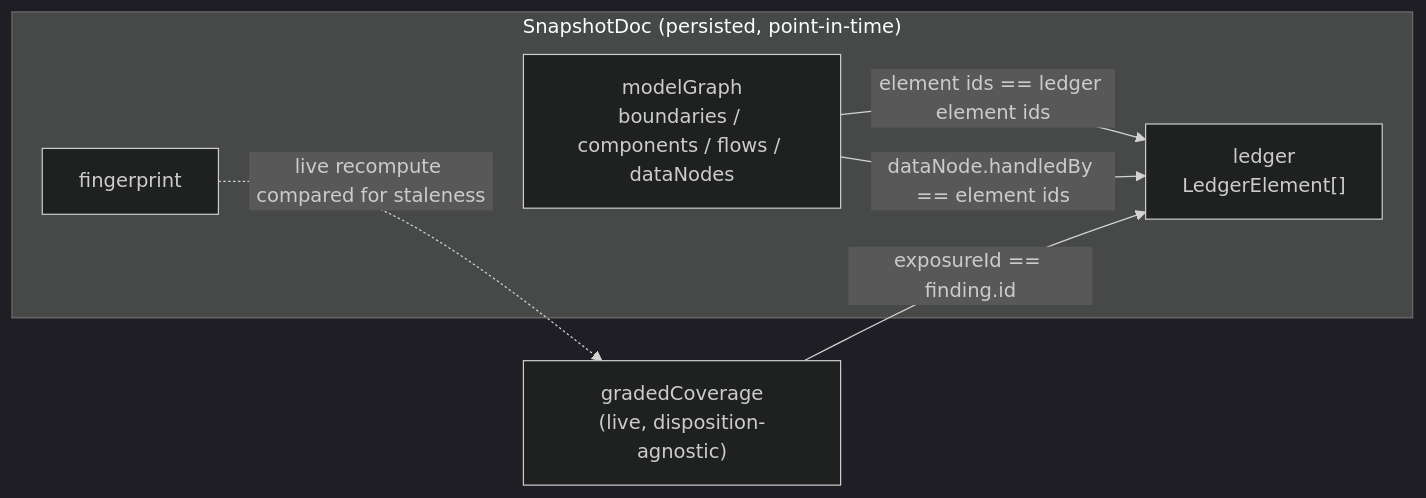
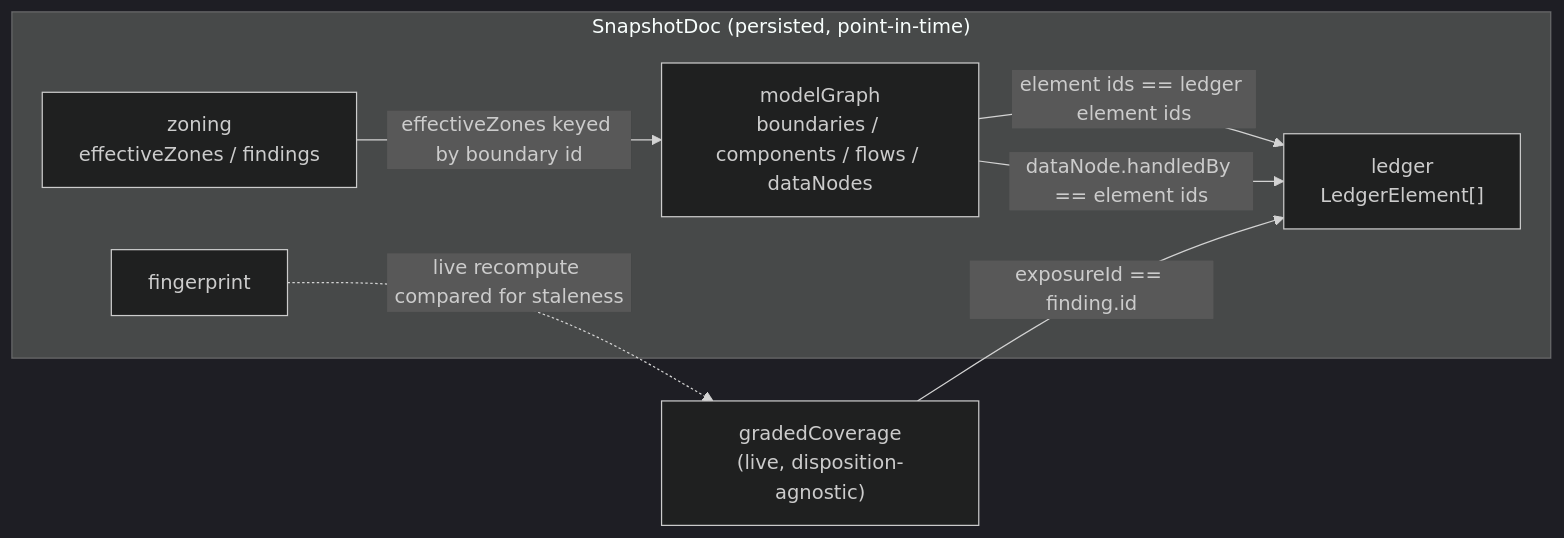
One commit to dether-net/dethernety-oss changed the diagram in docs/architecture/dethernety-threat-report/data-model.md. Above: the diagram before and after it, drawn with Mermaid (dark theme). The commit also changed other lines of this file and 26 other files, not shown here.

First line of the commit message:
feat(threat-report): declared-zone data-flow policy surfaces (#222)

````diff
--- a/docs/architecture/dethernety-threat-report/data-model.md
+++ b/docs/architecture/dethernety-threat-report/data-model.md
@@ -35,14 +36,16 @@
 ```mermaid
 graph LR
   subgraph SnapshotDoc["SnapshotDoc (persisted, point-in-time)"]
     L["ledger<br/>LedgerElement[]"]
     G["modelGraph<br/>boundaries / components / flows / dataNodes"]
+    Z["zoning<br/>effectiveZones / findings"]
     FP["fingerprint"]
   end
   COV["gradedCoverage<br/>(live, disposition-agnostic)"]
 
   G -- "element ids == ledger element ids" --> L
   COV -- "exposureId == finding.id" --> L
   G -- "dataNode.handledBy == element ids" --> L
+  Z -- "effectiveZones keyed by boundary id" --> G
   FP -. "live recompute compared for staleness" .-> COV
 ```
````
